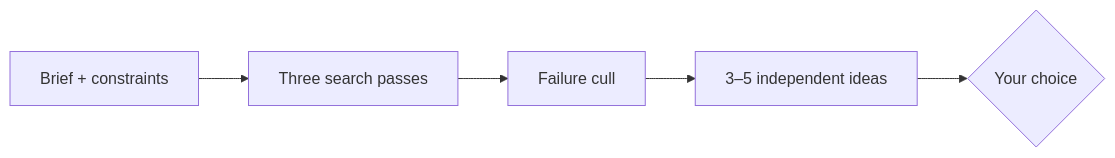
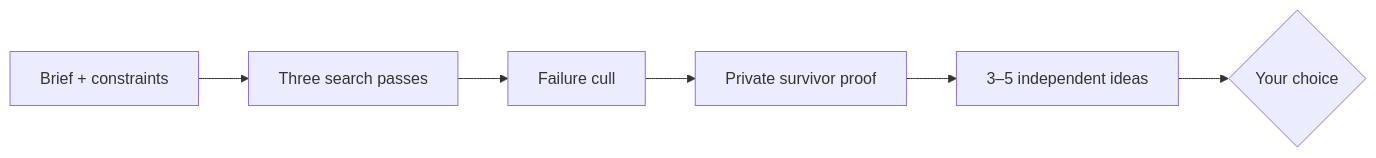
Before and after one commit to djfksjd/imagination-engine-skill: the diagram in README.md, drawn with Mermaid. The commit also changed other lines of this file and 22 other files, not shown here.

````diff
--- a/README.md
+++ b/README.md
@@ -29,7 +29,8 @@
 ```mermaid
 flowchart LR
     A[Brief + constraints] --> B[Three search passes]
     B --> C[Failure cull]
-    C --> D[3–5 independent ideas]
-    D --> E{Your choice}
+    C --> D[Private survivor proof]
+    D --> E[3–5 independent ideas]
+    E --> F{Your choice}
 ```
````
